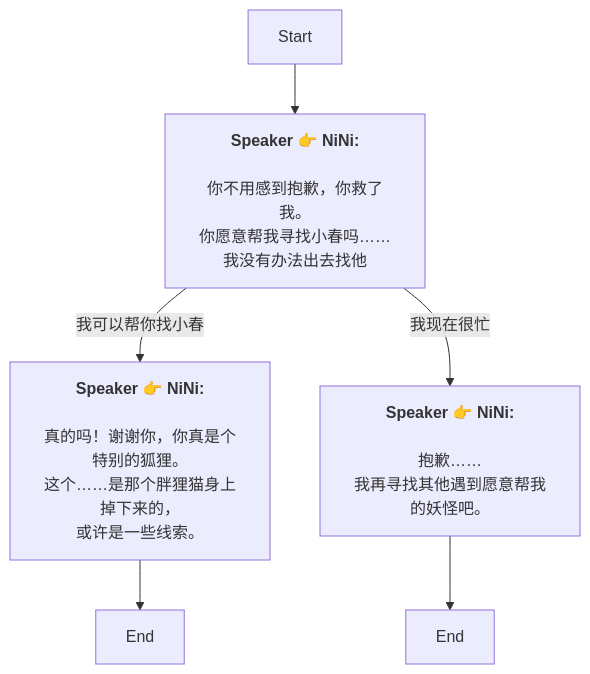
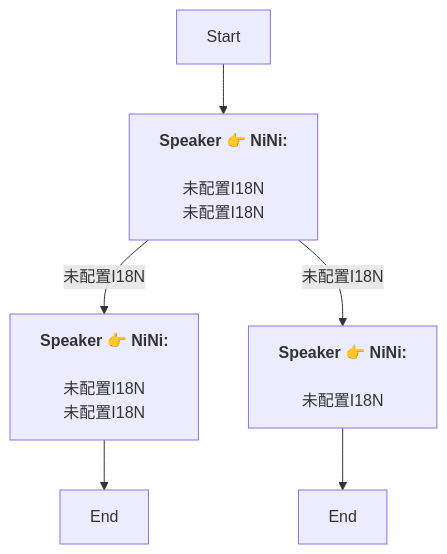
The diagram in Zh/QuestTalkObjectiveNode_1766057078316798.md (SoftHu/tos_avg), drawn with Mermaid before and after one commit. The commit also changed 730 other files, not shown here.

````diff
--- a/Zh/QuestTalkObjectiveNode_1766057078316798.md
+++ b/Zh/QuestTalkObjectiveNode_1766057078316798.md
@@ -1,15 +1,12 @@
 ```mermaid
 graph
 Start -->1766057153915679[<b>Speaker 👉 NiNi:</b>
-\n你不用感到抱歉，你救了我。\n你愿意帮我寻找小春吗……
-我没有办法出去找他]
-1766057153915679 -->|我可以帮你找小春|1766057153914653[<b>Speaker 👉 NiNi:</b>
-\n真的吗！谢谢你，你真是个特别的狐狸。\n这个……是那个胖狸猫身上掉下来的，
-或许是一些线索。]
-1766057153915679 -->|我现在很忙|1766057153917731[<b>Speaker 👉 NiNi:</b>
-\n抱歉……
-我再寻找其他遇到愿意帮我的妖怪吧。]
+\n未配置I18N\n未配置I18N]
+1766057153915679 -->|未配置I18N|1766057153914653[<b>Speaker 👉 NiNi:</b>
+\n未配置I18N\n未配置I18N]
+1766057153915679 -->|未配置I18N|1766057153917731[<b>Speaker 👉 NiNi:</b>
+\n未配置I18N]
 1766057153914653 -->1766057153914654[End]
 1766057153917731 -->1766057153918756[End]
 
 ```
````
